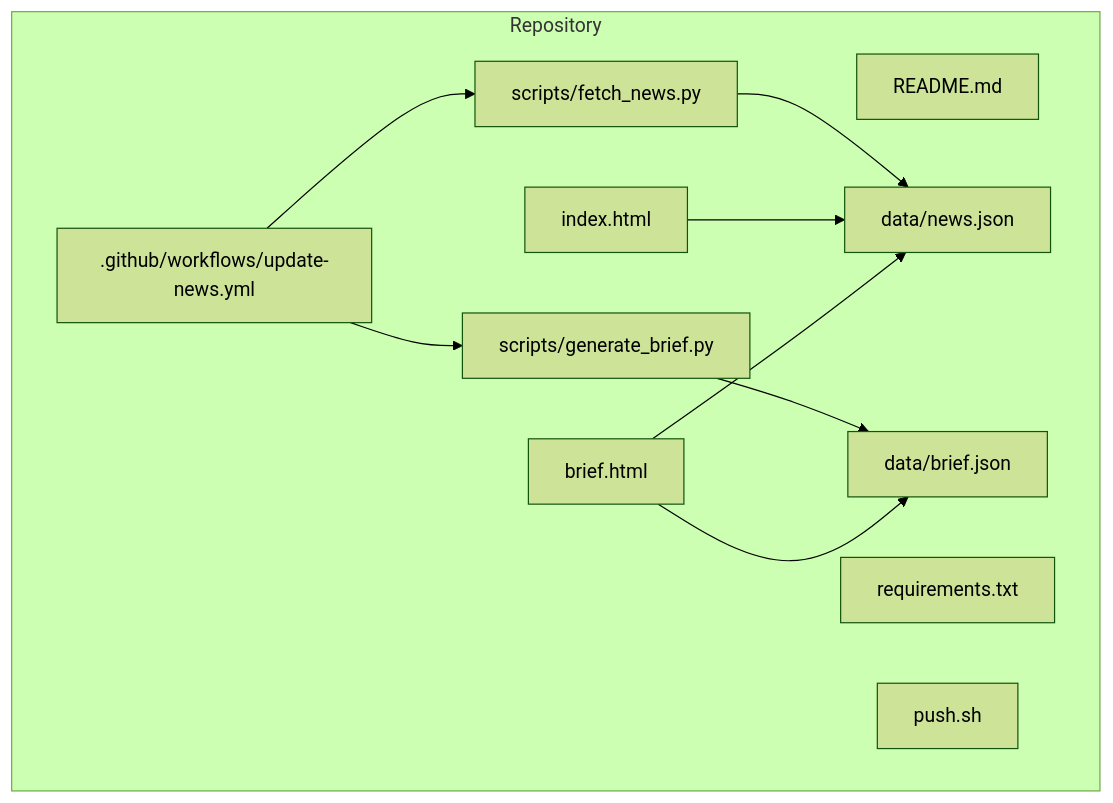
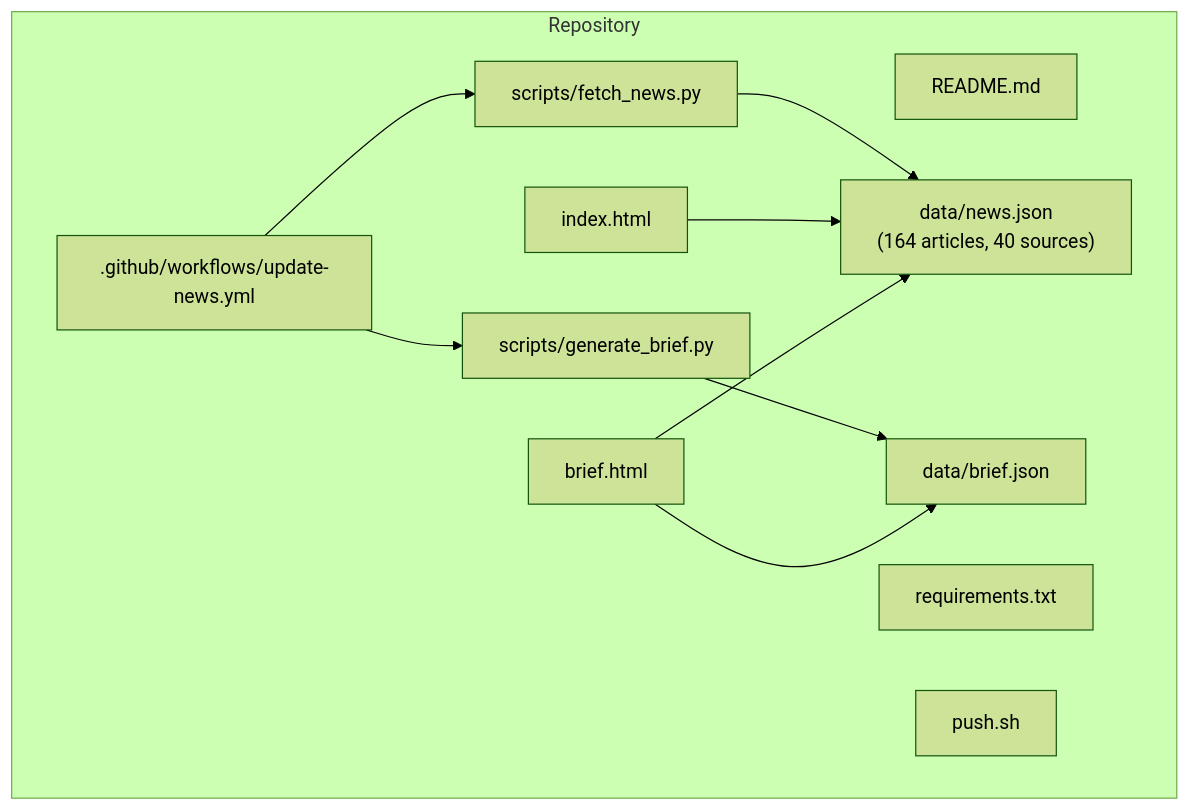
One commit to junxie01/daily_news changed the first of 4 diagrams in .qoder/repowiki/en/content/Data Management.md. Above: the diagram before and after it, drawn with Mermaid (forest theme). The commit also changed other lines of this file and 4 other files, not shown here.

````diff
--- a/.qoder/repowiki/en/content/Data Management.md
+++ b/.qoder/repowiki/en/content/Data Management.md
@@ -44,22 +43,22 @@
 ```mermaid
 graph TB
 subgraph "Repository"
 A["README.md"]
 B[".github/workflows/update-news.yml"]
 C["requirements.txt"]
 D["scripts/fetch_news.py"]
 E["scripts/generate_brief.py"]
-F["data/news.json"]
+F["data/news.json<br/>(164 articles, 40 sources)"]
 G["data/brief.json"]
 H["index.html"]
 I["brief.html"]
 J["push.sh"]
 end
 B --> D
 B --> E
 D --> F
 E --> G
 H --> F
 I --> G
 I --> F
 ```
````
